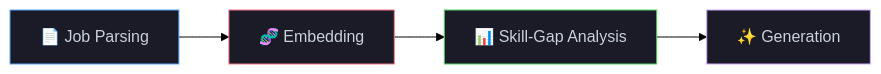
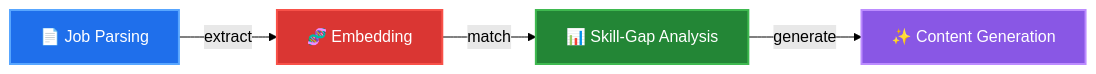
Before and after one commit to Akash-Kadali/Akash-Kadali: the diagram in README.md, drawn with Mermaid (forest theme). The commit also changed other lines of this file, not shown here.

````diff
--- a/README.md
+++ b/README.md
@@ -211,10 +337,11 @@
 ```mermaid
 graph LR
-    A[📄 Job Parsing] --> B[🧬 Embedding]
-    B --> C[📊 Skill-Gap Analysis]
-    C --> D[✨ Generation]
-    style A fill:#1a1b27,stroke:#58a6ff,color:#c9d1d9
-    style B fill:#1a1b27,stroke:#f97583,color:#c9d1d9
-    style C fill:#1a1b27,stroke:#56d364,color:#c9d1d9
-    style D fill:#1a1b27,stroke:#d2a8ff,color:#c9d1d9
+    A["📄 Job Parsing"] -->|extract| B["🧬 Embedding"]
+    B -->|match| C["📊 Skill-Gap Analysis"]
+    C -->|generate| D["✨ Content Generation"]
+    
+    style A fill:#1f6feb,stroke:#58a6ff,color:#ffffff,stroke-width:2px
+    style B fill:#da3633,stroke:#f85149,color:#ffffff,stroke-width:2px
+    style C fill:#238636,stroke:#3fb950,color:#ffffff,stroke-width:2px
+    style D fill:#8957e5,stroke:#bc8cff,color:#ffffff,stroke-width:2px
 ```
````
